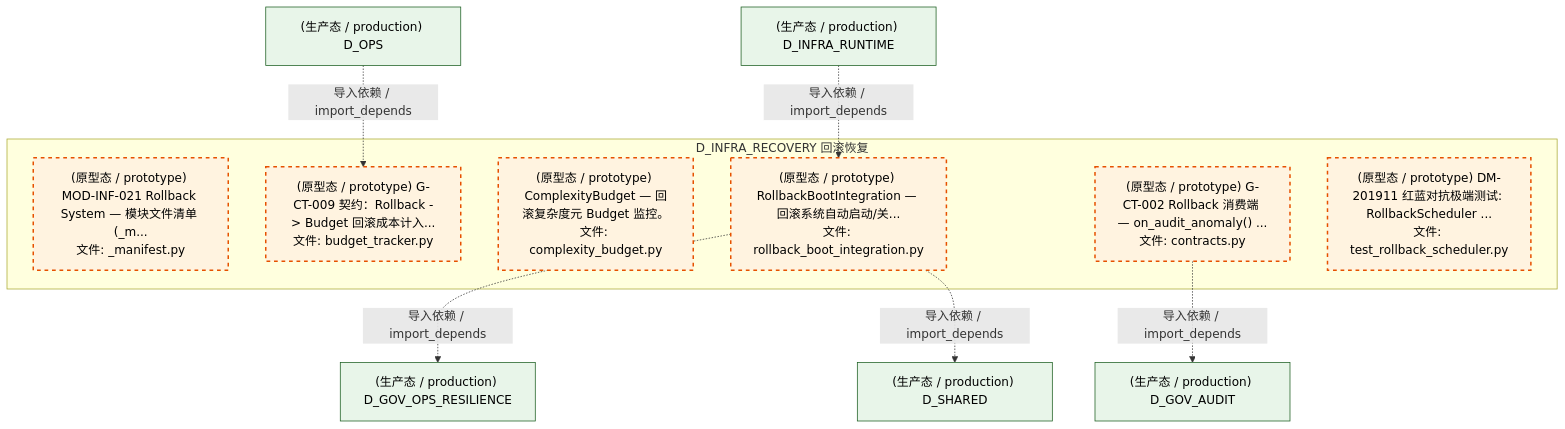
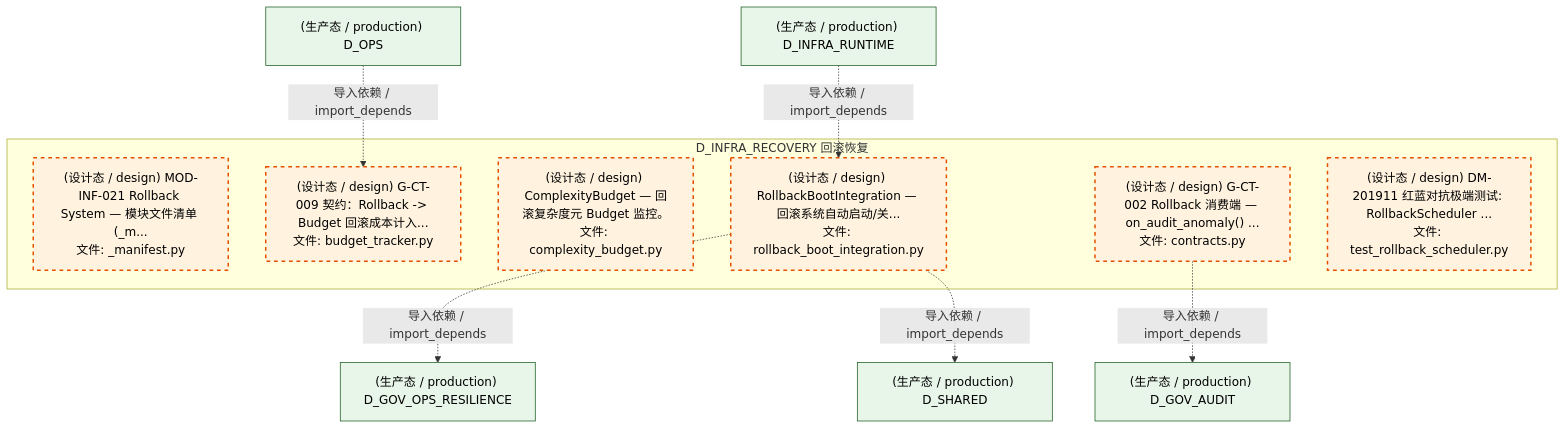
One commit to xuanFelixVan/ZephyrAlpha changed the fourth of 5 diagrams in docs/02_enterprise_architecture/02_domain_architecture_docs/03_d_infra_recovery.md. Above: the diagram before and after it, drawn with Mermaid. The commit also changed other lines of this file and 177 other files, not shown here.

````diff
--- a/docs/02_enterprise_architecture/02_domain_architecture_docs/03_d_infra_recovery.md
+++ b/docs/02_enterprise_architecture/02_domain_architecture_docs/03_d_infra_recovery.md
@@ -375,27 +374,27 @@
 ```mermaid
 graph TD
     subgraph D_INFRA_RECOVERY["D_INFRA_RECOVERY 回滚恢复"]
-        src_zephyr_infrastructure_rollback_manifest_py["(原型态 / prototype) MOD-INF-021 Rollback System — 模块文件清单 (_m...<br/>文件: _manifest.py"]
-        src_zephyr_infrastructure_rollback_budget_tracker_py["(原型态 / prototype) G-CT-009 契约：Rollback -> Budget 回滚成本计入...<br/>文件: budget_tracker.py"]
-        src_zephyr_infrastructure_rollback_complexity_budget_py["(原型态 / prototype) ComplexityBudget — 回滚复杂度元 Budget 监控。<br/>文件: complexity_budget.py"]
-        src_zephyr_infrastructure_rollback_contracts_py["(原型态 / prototype) G-CT-002 Rollback 消费端 — on_audit_anomaly() ...<br/>文件: contracts.py"]
-        src_zephyr_infrastructure_rollback_rollback_boot_integration_py["(原型态 / prototype) RollbackBootIntegration — 回滚系统自动启动/关...<br/>文件: rollback_boot_integration.py"]
-        tests_rollback_test_rollback_scheduler_py["(原型态 / prototype) DM-201911 红蓝对抗极端测试: RollbackScheduler ...<br/>文件: test_rollback_scheduler.py"]
+        src_zephyr_infrastructure_rollback_manifest_py["(设计态 / design) MOD-INF-021 Rollback System — 模块文件清单 (_m...<br/>文件: _manifest.py"]
+        src_zephyr_infrastructure_rollback_budget_tracker_py["(设计态 / design) G-CT-009 契约：Rollback -> Budget 回滚成本计入...<br/>文件: budget_tracker.py"]
+        src_zephyr_infrastructure_rollback_complexity_budget_py["(设计态 / design) ComplexityBudget — 回滚复杂度元 Budget 监控。<br/>文件: complexity_budget.py"]
+        src_zephyr_infrastructure_rollback_contracts_py["(设计态 / design) G-CT-002 Rollback 消费端 — on_audit_anomaly() ...<br/>文件: contracts.py"]
+        src_zephyr_infrastructure_rollback_rollback_boot_integration_py["(设计态 / design) RollbackBootIntegration — 回滚系统自动启动/关...<br/>文件: rollback_boot_integration.py"]
+        tests_rollback_test_rollback_scheduler_py["(设计态 / design) DM-201911 红蓝对抗极端测试: RollbackScheduler ...<br/>文件: test_rollback_scheduler.py"]
     end
     D_GOV_OPS_RESILIENCE["(生产态 / production) D_GOV_OPS_RESILIENCE"]
     src_zephyr_infrastructure_rollback_rollback_boot_integration_py -.->|导入依赖 / import_depends| D_GOV_OPS_RESILIENCE
     D_SHARED["(生产态 / production) D_SHARED"]
     src_zephyr_infrastructure_rollback_rollback_boot_integration_py -.->|导入依赖 / import_depends| D_SHARED
     D_GOV_AUDIT["(生产态 / production) D_GOV_AUDIT"]
     src_zephyr_infrastructure_rollback_contracts_py -.->|导入依赖 / import_depends| D_GOV_AUDIT
     D_INFRA_RUNTIME["(生产态 / production) D_INFRA_RUNTIME"]
     D_INFRA_RUNTIME -.->|导入依赖 / import_depends| src_zephyr_infrastructure_rollback_rollback_boot_integration_py
     D_OPS["(生产态 / production) D_OPS"]
     D_OPS -.->|导入依赖 / import_depends| src_zephyr_infrastructure_rollback_budget_tracker_py
     classDef production fill:#e1f5fe,stroke:#01579b,stroke-width:2px,color:#000
     classDef design fill:#fff3e0,stroke:#e65100,stroke-width:2px,color:#000,stroke-dasharray: 5 5
     classDef external_prod fill:#e8f5e9,stroke:#1b5e20,stroke-width:1px,color:#000
     classDef external_design fill:#fce4ec,stroke:#880e4f,stroke-width:1px,color:#000,stroke-dasharray: 5 5
     class src_zephyr_infrastructure_rollback_manifest_py,src_zephyr_infrastructure_rollback_budget_tracker_py,src_zephyr_infrastructure_rollback_complexity_budget_py,src_zephyr_infrastructure_rollback_contracts_py,src_zephyr_infrastructure_rollback_rollback_boot_integration_py,tests_rollback_test_rollback_scheduler_py design
     class D_GOV_OPS_RESILIENCE,D_SHARED,D_GOV_AUDIT,D_INFRA_RUNTIME,D_OPS external_prod
 ```
````
